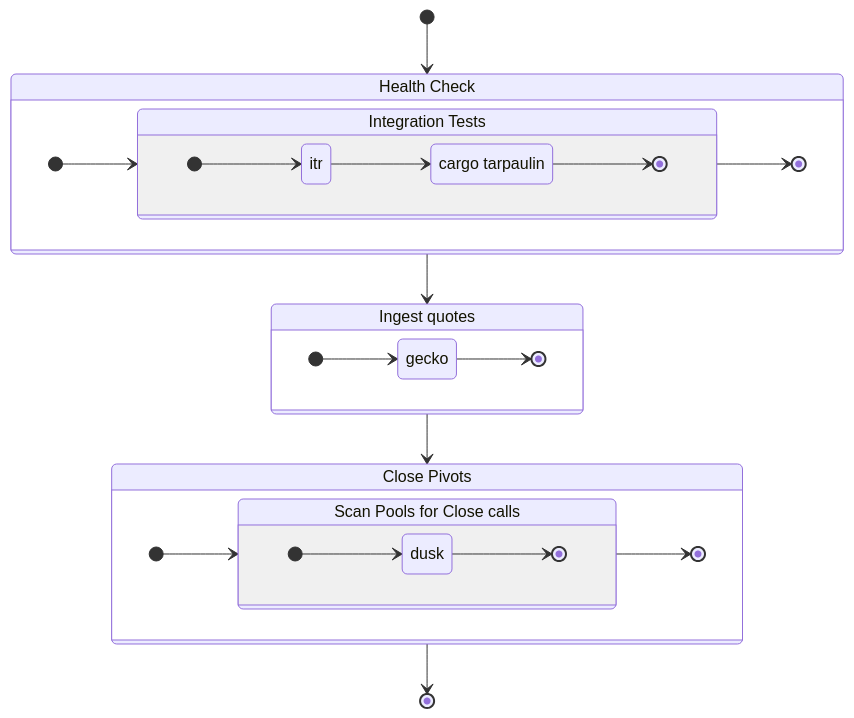
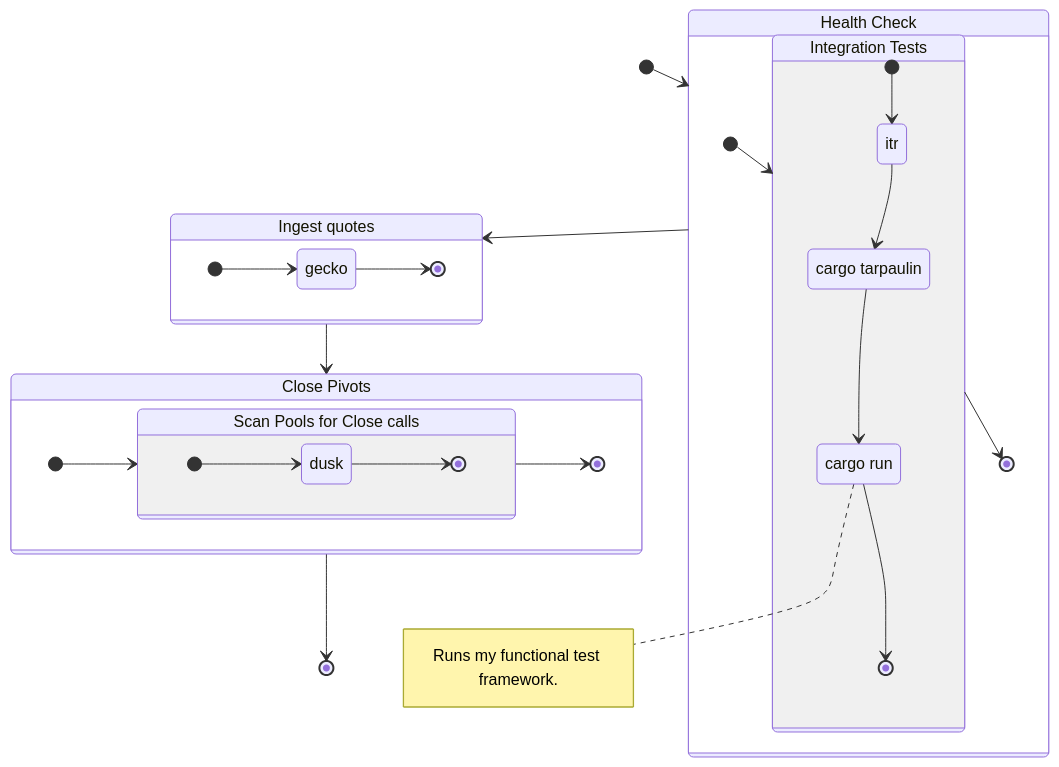
The diagram in dapps/README.md (pivoteur/protocol), drawn with Mermaid before and after one commit.

Commit message:
Adding functional tests

````diff
--- a/dapps/README.md
+++ b/dapps/README.md
@@ -5,44 +5,49 @@
 ```mermaid
 stateDiagram-v2
    [*] --> Tests
    Tests --> Quotes
    Quotes --> Closes
    Closes --> [*]
 
    Tests: Health Check
    state Tests {
       direction LR
       [*] --> Integration
       Integration --> [*]
 
       Integration: Integration Tests
       state Integration {
          Tarp: cargo tarpaulin
+         Func: cargo run
+         note right of Func
+            Runs my functional test framework.
+         end note
          direction LR
          [*] --> itr
          itr --> Tarp
-         Tarp --> [*]
+         Tarp --> Func
+         Func --> [*]
       }
    }
 
    Quotes: Ingest quotes
    state Quotes {
       direction LR
       [*] --> gecko
       gecko --> [*]
    }
 
    Closes: Close Pivots
    state Closes {
       direction LR
       [*] --> Scan
       Scan --> [*]
 
       Scan: Scan Pools for Close calls
       state Scan {
          direction LR
          [*] --> dusk
          dusk --> [*]
       }
    }
 ```
````
